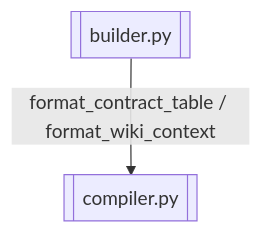
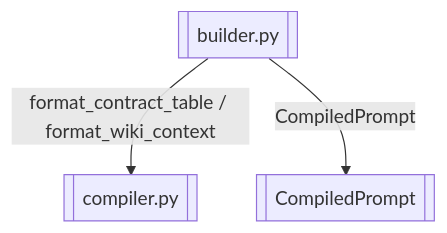
The diagram in docs/_tech_graph/40_builder.md (Cyning12/cyning-harness-probe), drawn with Mermaid before and after one commit. The commit also changed other lines of this file and 34 other files, not shown here.

First line of the commit message:
docs(tech-graph): rebuild docs/_tech_graph without .ai.md

````diff
--- a/docs/_tech_graph/40_builder.md
+++ b/docs/_tech_graph/40_builder.md
@@ -17,7 +17,9 @@
 ```mermaid
 flowchart TD
     BUILDER[["builder.py"]]
     COMPILER[["compiler.py"]]
+    MODELS[["CompiledPrompt"]]
     BUILDER --"format_contract_table / format_wiki_context"--> COMPILER
+    BUILDER --"CompiledPrompt"--> MODELS
     %% 锚点：见 YAML 源 edges[].anchors
 ```
````
